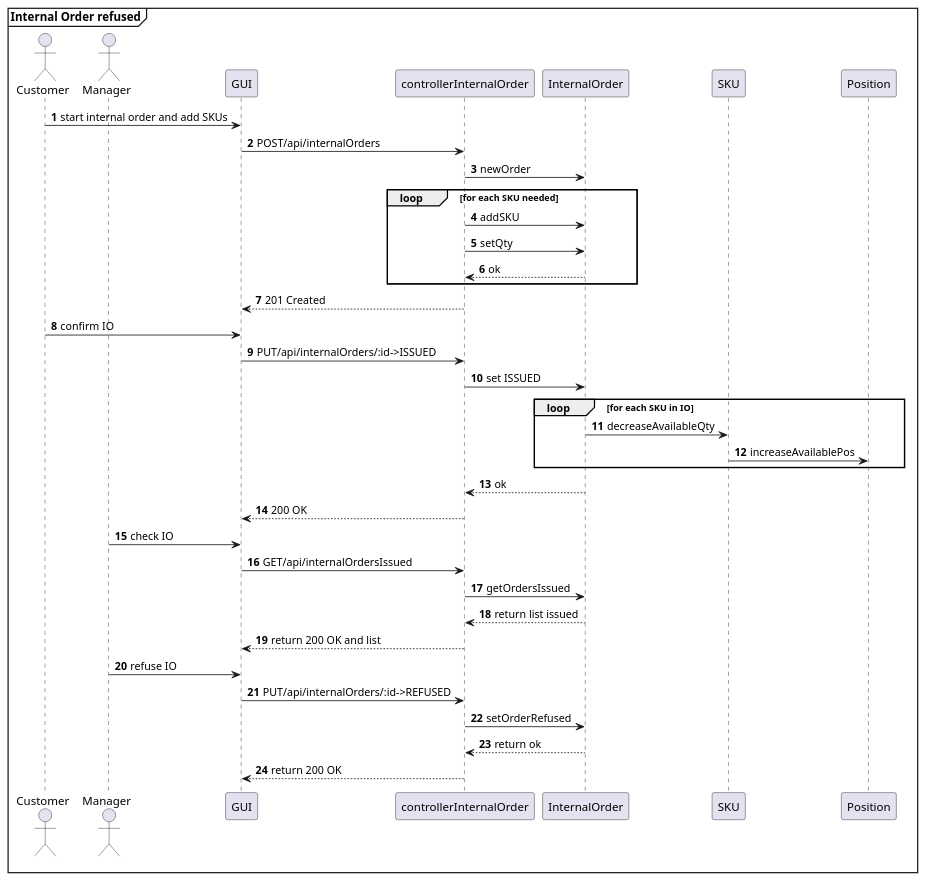
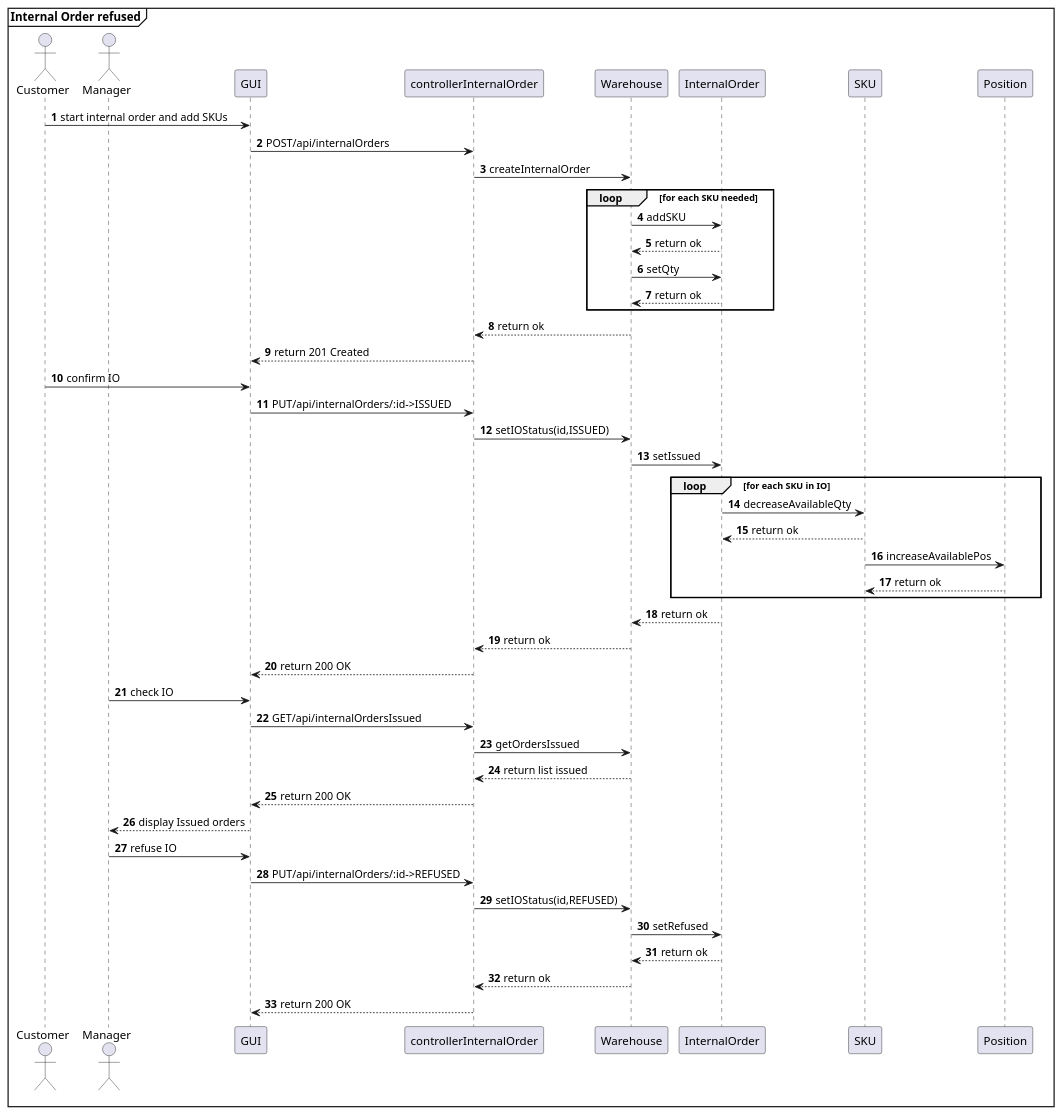
Before and after one commit to AlexZampa/EzWh: diagram 22 of 29 in DesignDocument.md, drawn with PlantUML. The commit also changed other lines of this file, not shown here.

````diff
--- a/DesignDocument.md
+++ b/DesignDocument.md
@@ -1057,44 +1095,54 @@
 ```plantuml
 @startuml
 mainframe **Internal Order refused**
 actor Customer
 actor Manager
 participant GUI
 participant controllerInternalOrder
+participant Warehouse
 participant InternalOrder
 participant SKU
 
 autonumber
 Customer -> GUI : start internal order and add SKUs
 GUI -> controllerInternalOrder : POST/api/internalOrders
-controllerInternalOrder -> InternalOrder : newOrder
+controllerInternalOrder -> Warehouse : createInternalOrder
 loop for each SKU needed
-  controllerInternalOrder -> InternalOrder : addSKU
-  controllerInternalOrder -> InternalOrder : setQty
-  controllerInternalOrder <-- InternalOrder : ok
+  Warehouse -> InternalOrder : addSKU
+  Warehouse <-- InternalOrder : return ok
+  Warehouse -> InternalOrder : setQty
+  Warehouse <-- InternalOrder : return ok
 end loop
-GUI <-- controllerInternalOrder : 201 Created
+controllerInternalOrder <-- Warehouse : return ok
+GUI <-- controllerInternalOrder : return 201 Created
 
 Customer -> GUI : confirm IO
 GUI -> controllerInternalOrder : PUT/api/internalOrders/:id->ISSUED
-controllerInternalOrder -> InternalOrder : set ISSUED
+controllerInternalOrder -> Warehouse : setIOStatus(id,ISSUED)
+Warehouse -> InternalOrder : setIssued
 loop for each SKU in IO
   InternalOrder -> SKU : decreaseAvailableQty
+  InternalOrder <-- SKU : return ok
   SKU -> Position : increaseAvailablePos
+  SKU <-- Position : return ok
 end loop
-controllerInternalOrder <-- InternalOrder : ok
-GUI <-- controllerInternalOrder : 200 OK
+Warehouse <-- InternalOrder : return ok
+controllerInternalOrder <-- Warehouse : return ok
+GUI <-- controllerInternalOrder : return 200 OK
 
 Manager -> GUI : check IO
 GUI -> controllerInternalOrder : GET/api/internalOrdersIssued
-controllerInternalOrder -> InternalOrder : getOrdersIssued
-controllerInternalOrder <-- InternalOrder : return list issued
-GUI <-- controllerInternalOrder : return 200 OK and list
+controllerInternalOrder -> Warehouse : getOrdersIssued
+controllerInternalOrder <-- Warehouse : return list issued
+GUI <-- controllerInternalOrder : return 200 OK
+Manager <-- GUI : display Issued orders
 
 Manager -> GUI : refuse IO
 GUI -> controllerInternalOrder : PUT/api/internalOrders/:id->REFUSED
-controllerInternalOrder -> InternalOrder : setOrderRefused
-controllerInternalOrder <-- InternalOrder : return ok
+controllerInternalOrder -> Warehouse : setIOStatus(id,REFUSED)
+Warehouse -> InternalOrder : setRefused
+Warehouse <-- InternalOrder : return ok
+controllerInternalOrder <-- Warehouse : return ok
 GUI <-- controllerInternalOrder : return 200 OK
 @enduml
 ```
````
